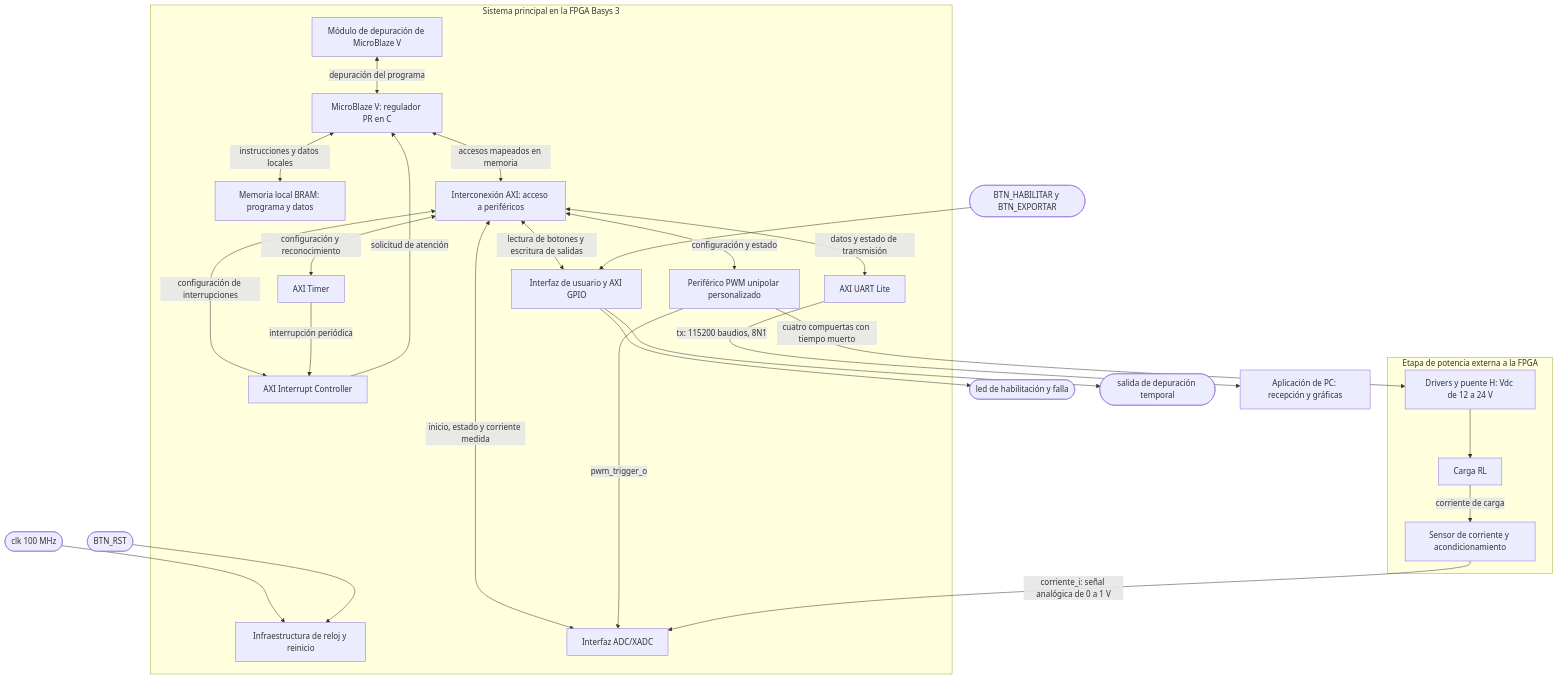
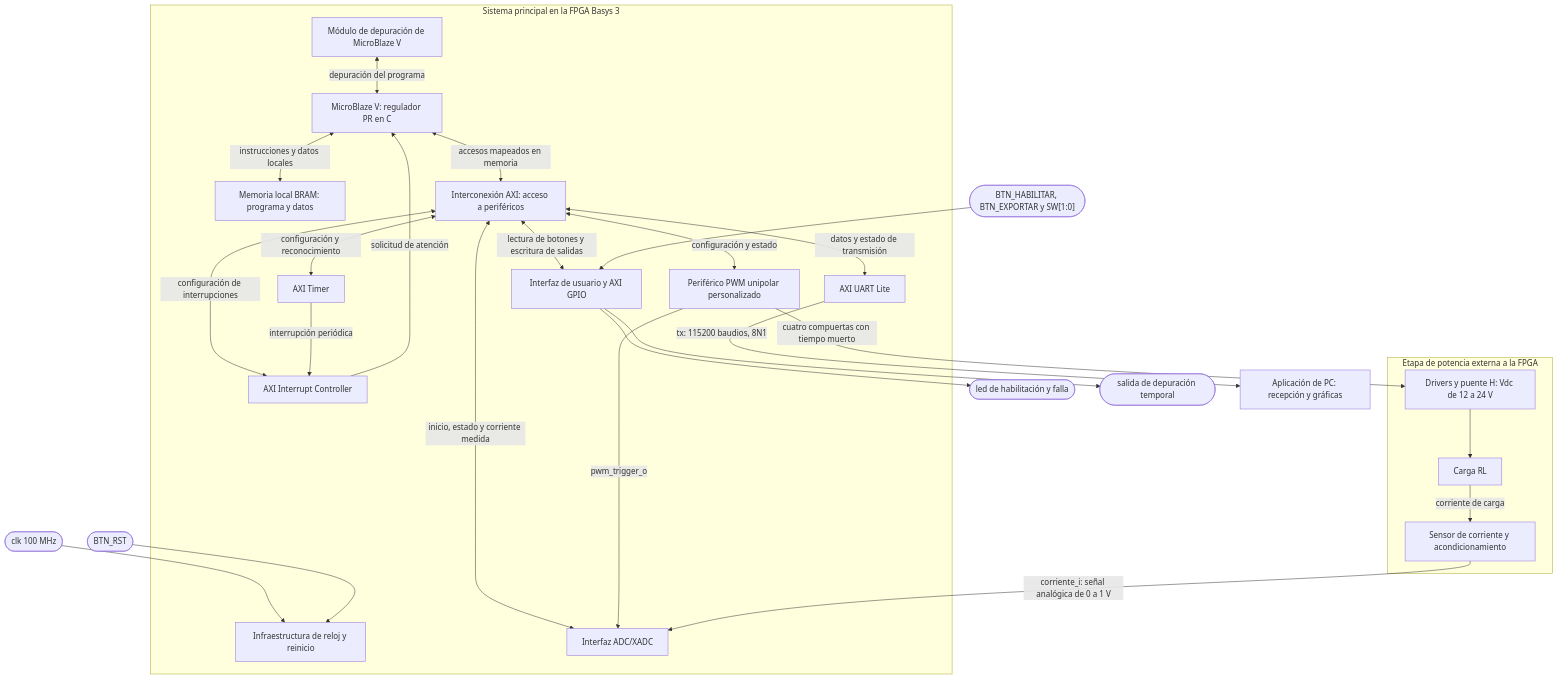
Before and after one commit to Taller-de-diseno-digital-GR01/Proyecto-4-Regulador-PR: the diagram in docs/diseño/diagramas/nivel02.md, drawn with Mermaid. The commit also changed other lines of this file and 1 other file, not shown here.

````diff
--- a/docs/diseño/diagramas/nivel02.md
+++ b/docs/diseño/diagramas/nivel02.md
@@ -5,54 +5,54 @@
 ```mermaid
 flowchart TD
     CLK(["clk 100 MHz"])
     RST(["BTN_RST"])
 
     subgraph FPGA["Sistema principal en la FPGA Basys 3"]
         CR["Infraestructura de reloj y reinicio"]
         MEM["Memoria local BRAM: programa y datos"]
         CPU["MicroBlaze V: regulador PR en C"]
         DBG["Módulo de depuración de MicroBlaze V"]
         AXI["Interconexión AXI: acceso a periféricos"]
         PWM["Periférico PWM unipolar personalizado"]
         ADC["Interfaz ADC/XADC"]
         TIMER["AXI Timer"]
         INTC["AXI Interrupt Controller"]
         UART["AXI UART Lite"]
         GPIO["Interfaz de usuario y AXI GPIO"]
 
         CPU <-->|"instrucciones y datos locales"| MEM
         DBG <-->|"depuración del programa"| CPU
         CPU <-->|"accesos mapeados en memoria"| AXI
         AXI <-->|"configuración y estado"| PWM
         AXI <-->|"inicio, estado y corriente medida"| ADC
         AXI <-->|"configuración y reconocimiento"| TIMER
         AXI <-->|"configuración de interrupciones"| INTC
         AXI <-->|"datos y estado de transmisión"| UART
         AXI <-->|"lectura de botones y escritura de salidas"| GPIO
         TIMER -->|"interrupción periódica"| INTC
         INTC -->|"solicitud de atención"| CPU
         PWM -->|"pwm_trigger_o"| ADC
     end
 
-    BOT(["BTN_HABILITAR y BTN_EXPORTAR"])
+    BOT(["BTN_HABILITAR, BTN_EXPORTAR y SW[1:0]"])
     LED(["led de habilitación y falla"])
     MED(["salida de depuración temporal"])
     PC["Aplicación de PC: recepción y gráficas"]
 
     subgraph POT["Etapa de potencia externa a la FPGA"]
         PH["Drivers y puente H: Vdc de 12 a 24 V"]
         RL["Carga RL"]
         SEN["Sensor de corriente y acondicionamiento"]
         PH --> RL
         RL -->|"corriente de carga"| SEN
     end
 
     CLK --> CR
     RST --> CR
     BOT --> GPIO
     GPIO --> LED
     GPIO --> MED
     UART -->|"tx: 115200 baudios, 8N1"| PC
     PWM -->|"cuatro compuertas con tiempo muerto"| PH
     SEN -->|"corriente_i: señal analógica de 0 a 1 V"| ADC
 ```
````
